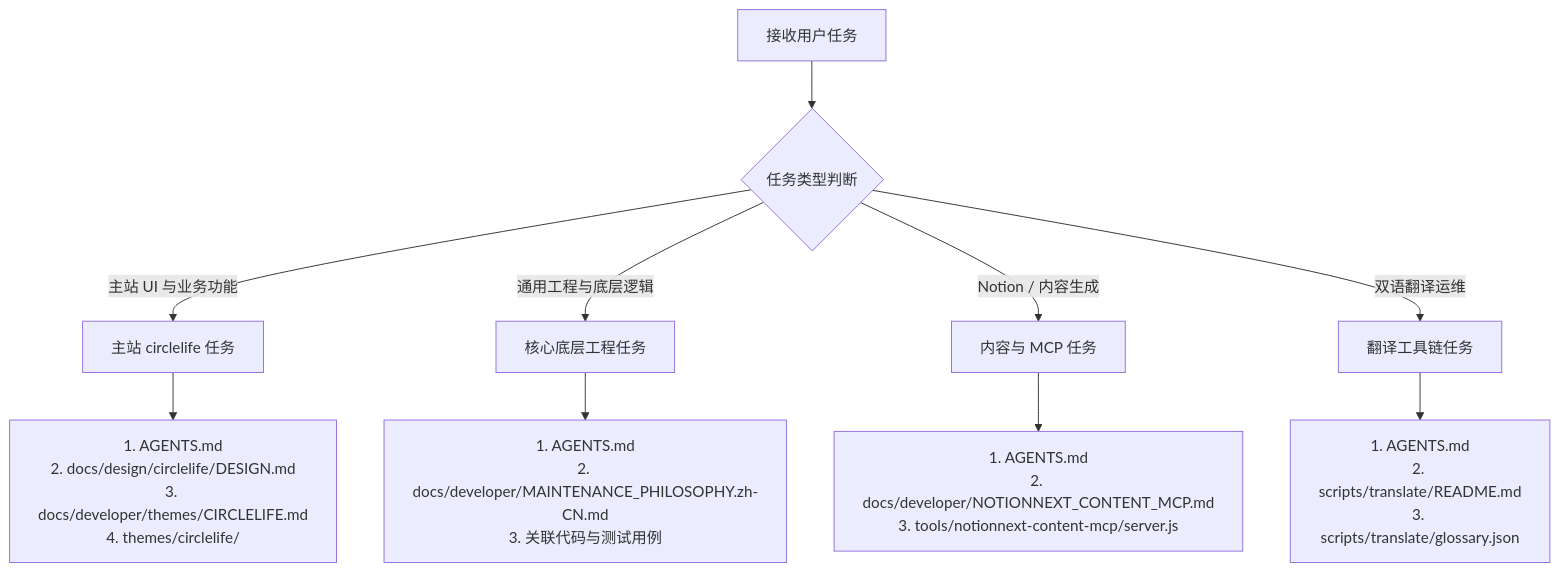
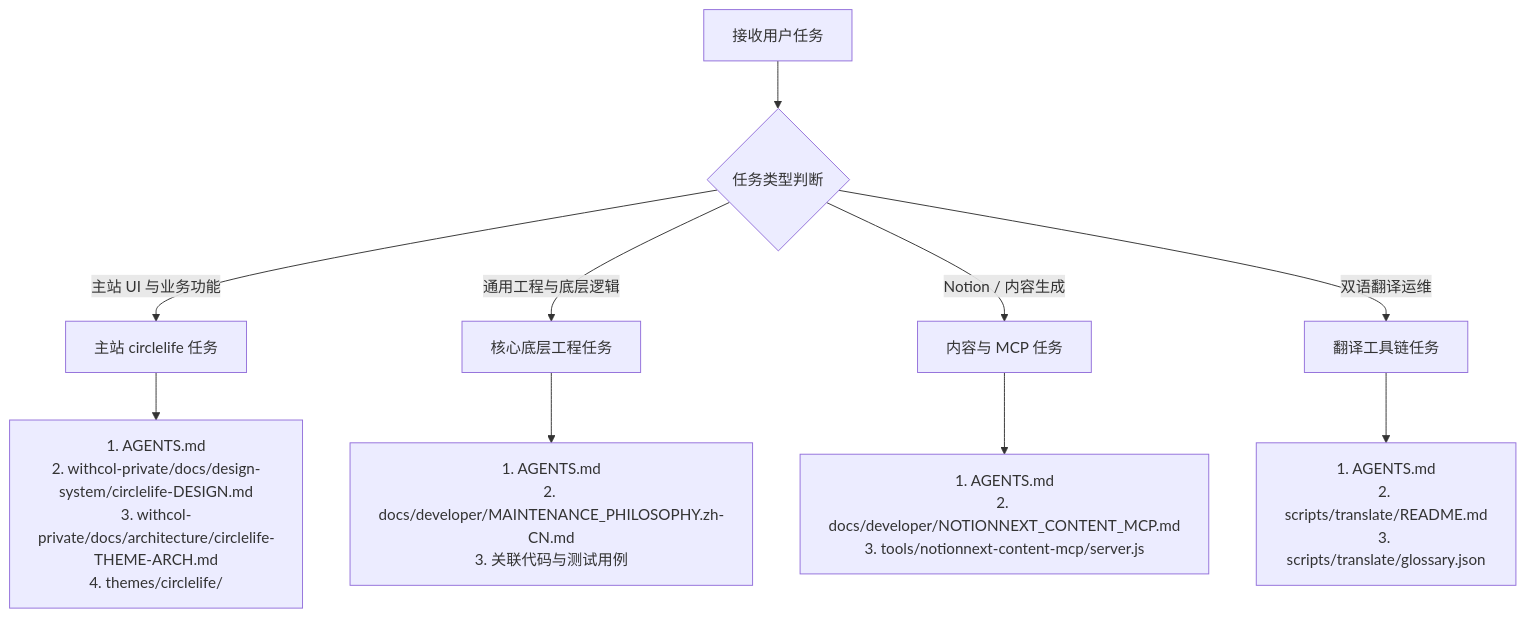
Before and after one commit to trialos/NotionNext: the diagram in PROJECT_MAP.md, drawn with Mermaid. The commit also changed other lines of this file and 1 other file, not shown here.

Commit message:
docs: upgrade AGENTS.md and PROJECT_MAP.md with automatic private knowledge base routing

````diff
--- a/PROJECT_MAP.md
+++ b/PROJECT_MAP.md
@@ -47,13 +47,13 @@
 ```mermaid
 flowchart TD
     Task[接收用户任务] --> Type{任务类型判断}
     Type -->|主站 UI 与业务功能| RouteMain[主站 circlelife 任务]
     Type -->|通用工程与底层逻辑| RouteCore[核心底层工程任务]
     Type -->|Notion / 内容生成| RouteMCP[内容与 MCP 任务]
     Type -->|双语翻译运维| RouteTrans[翻译工具链任务]
 
-    RouteMain --> ReadMain["1. AGENTS.md<br>2. docs/design/circlelife/DESIGN.md<br>3. docs/developer/themes/CIRCLELIFE.md<br>4. themes/circlelife/"]
+    RouteMain --> ReadMain["1. AGENTS.md<br>2. withcol-private/docs/design-system/circlelife-DESIGN.md<br>3. withcol-private/docs/architecture/circlelife-THEME-ARCH.md<br>4. themes/circlelife/"]
     RouteCore --> ReadCore["1. AGENTS.md<br>2. docs/developer/MAINTENANCE_PHILOSOPHY.zh-CN.md<br>3. 关联代码与测试用例"]
     RouteMCP --> ReadMCP["1. AGENTS.md<br>2. docs/developer/NOTIONNEXT_CONTENT_MCP.md<br>3. tools/notionnext-content-mcp/server.js"]
     RouteTrans --> ReadTrans["1. AGENTS.md<br>2. scripts/translate/README.md<br>3. scripts/translate/glossary.json"]
 ```
````
